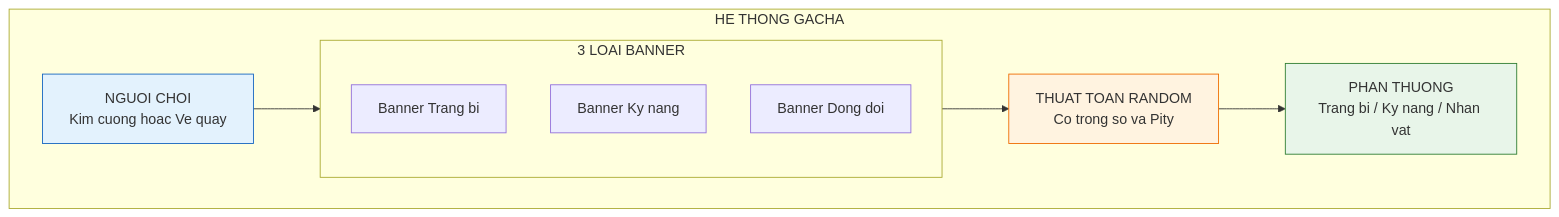
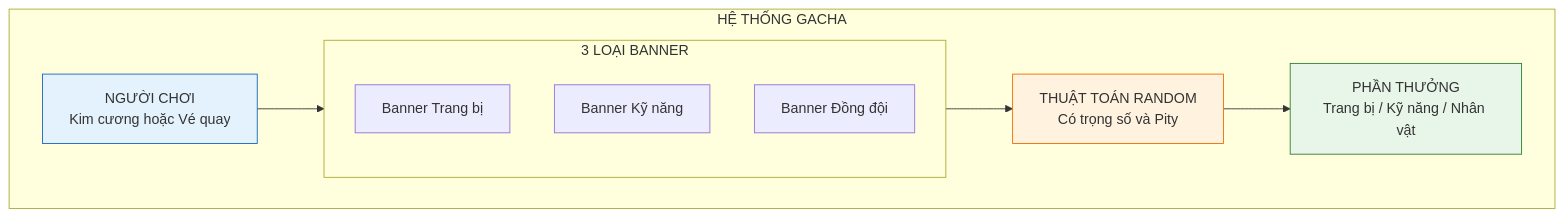
Before and after one commit to luantran-working/idlegame-designdocs: the first of 2 diagrams in docs/he-thong-gacha.md, drawn with Mermaid. The commit also changed other lines of this file and 16 other files, not shown here.

Commit message:
feat: Introduce extensive game design documentation covering game systems, UI, and roadmap, and enable Mermaid diagram support in Docusaurus.

````diff
--- a/docs/he-thong-gacha.md
+++ b/docs/he-thong-gacha.md
@@ -19,22 +19,22 @@
 ```mermaid
 flowchart TB
-    subgraph GachaSystem["HE THONG GACHA"]
-        Input["NGUOI CHOI<br/>Kim cuong hoac Ve quay"]
+    subgraph GachaSystem["HỆ THỐNG GACHA"]
+        Input["NGƯỜI CHƠI<br/>Kim cương hoặc Vé quay"]
 
-        subgraph Banners["3 LOAI BANNER"]
-            B1["Banner Trang bi"]
-            B2["Banner Ky nang"]
-            B3["Banner Dong doi"]
+        subgraph Banners["3 LOẠI BANNER"]
+            B1["Banner Trang bị"]
+            B2["Banner Kỹ năng"]
+            B3["Banner Đồng đội"]
         end
 
-        Process["THUAT TOAN RANDOM<br/>Co trong so va Pity"]
+        Process["THUẬT TOÁN RANDOM<br/>Có trọng số và Pity"]
 
-        Output["PHAN THUONG<br/>Trang bi / Ky nang / Nhan vat"]
+        Output["PHẦN THƯỞNG<br/>Trang bị / Kỹ năng / Nhân vật"]
     end
 
     Input --> Banners --> Process --> Output
 
     style Input fill:#e3f2fd,stroke:#1565c0
     style Process fill:#fff3e0,stroke:#ef6c00
     style Output fill:#e8f5e9,stroke:#2e7d32
 ```
````
